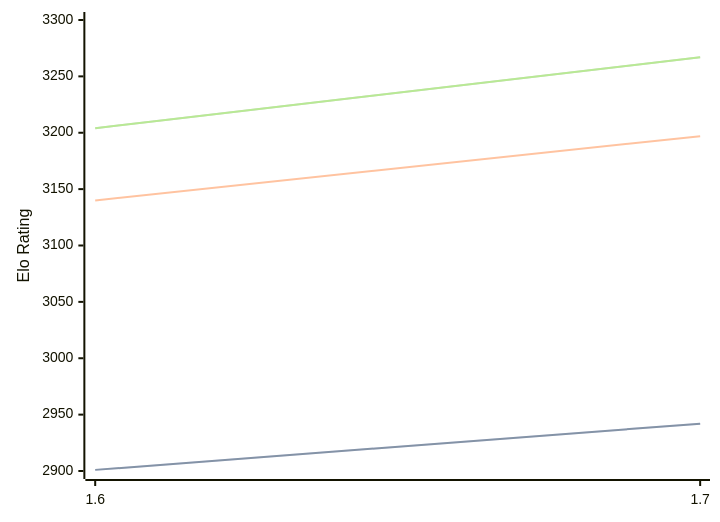
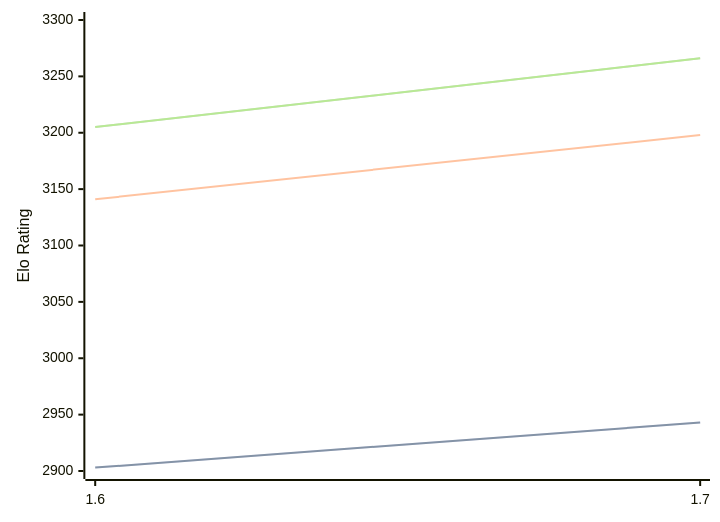
The diagram in engines/Bitbit.md (computer-chess-index/cci), drawn with Mermaid before and after one commit. The commit also changed other lines of this file, not shown here.

Commit message:
Update CCI Ratings (ELO VLTC) - 2026-08-26

````diff
--- a/engines/Bitbit.md
+++ b/engines/Bitbit.md
@@ -32,11 +32,11 @@
 ```mermaid
 %%{init: {"theme":"base","themeVariables":{"seriesColors:['#a3a3a3','#222221','#faa371']}}}%%
 xychart-beta
   x-axis ["1.6", "1.7"]
   y-axis "Elo Rating" 2900 --> 3300
-  line "STC (8.0+0.08s)" [2901, 2942]
-  line "STC (8.0+0.08s)" [2901, 2942]
-  line "LTC (60.0+0.60s)" [3140, 3197]
-  line "VLTC (2m24s+1.12s)" [3204, 3267]
-  line "VLTC (2m24s+1.12s)" [3204, 3267]
+  line "STC (8.0+0.08s)" [2903, 2943]
+  line "STC (8.0+0.08s)" [2903, 2943]
+  line "LTC (60.0+0.60s)" [3141, 3198]
+  line "VLTC (2m24s+1.12s)" [3205, 3266]
+  line "VLTC (2m24s+1.12s)" [3205, 3266]
 ```
````
